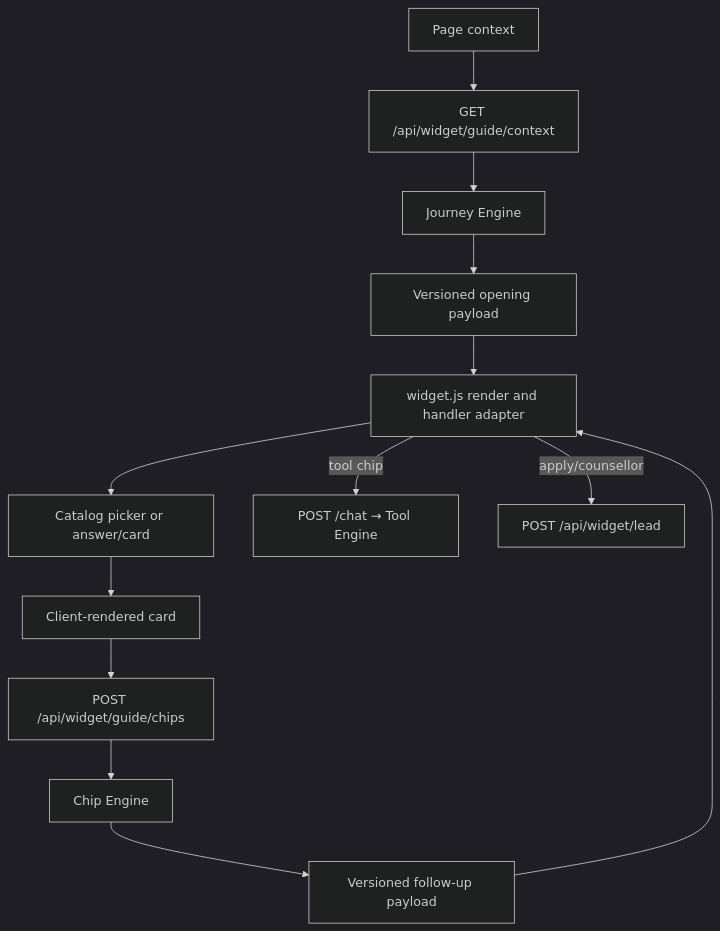
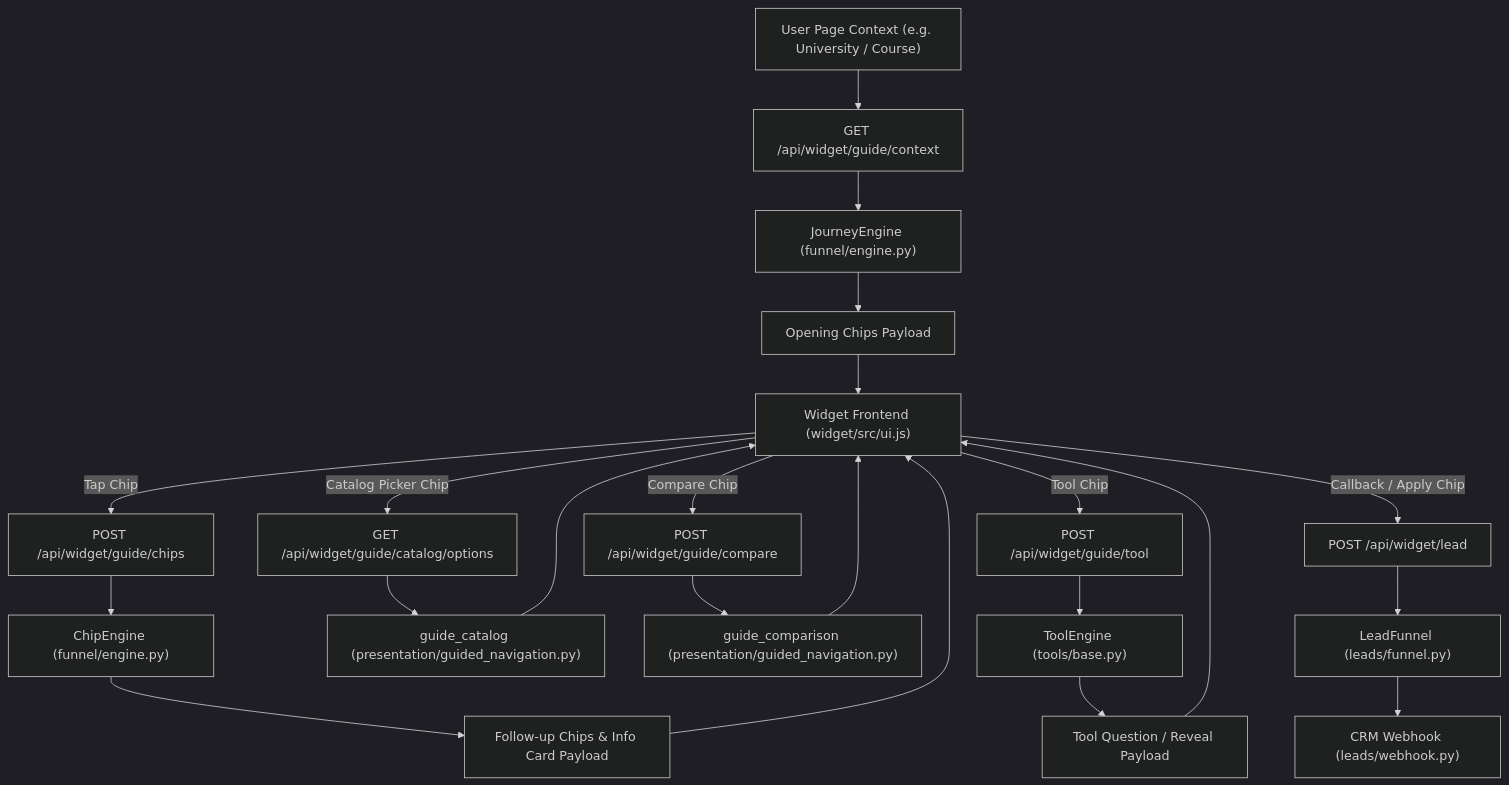
Before and after one commit to db-sde/chat_bot: the diagram in system report.md, drawn with Mermaid (dark theme). The commit also changed other lines of this file and 18 other files, not shown here.

Commit message:
feat: upgrade navigation architecture with dedicated breadcrumbs, rail, and contextual list/nav chip rendering

````diff
--- a/system report.md
+++ b/system report.md
@@ -135,15 +98,29 @@
 ```mermaid
 flowchart TD
-    PAGE["Page context"] --> CONTEXT["GET /api/widget/guide/context"]
-    CONTEXT --> JOURNEY["Journey Engine"]
-    JOURNEY --> OPENING["Versioned opening payload"]
-    OPENING --> JS["widget.js render and handler adapter"]
-    JS --> PICKER["Catalog picker or answer/card"]
-    PICKER --> CARD["Client-rendered card"]
-    CARD --> CHIPS["POST /api/widget/guide/chips"]
-    CHIPS --> CHIPENGINE["Chip Engine"]
-    CHIPENGINE --> FOLLOW["Versioned follow-up payload"]
-    FOLLOW --> JS
-    JS -->|"tool chip"| CHAT["POST /chat → Tool Engine"]
-    JS -->|"apply/counsellor"| LEAD["POST /api/widget/lead"]
+    PAGE["User Page Context (e.g. University / Course)"] --> CONTEXT["GET /api/widget/guide/context"]
+    CONTEXT --> JOURNEY["JourneyEngine (funnel/engine.py)"]
+    JOURNEY --> OPENING["Opening Chips Payload"]
+    OPENING --> WIDGET["Widget Frontend (widget/src/ui.js)"]
+    
+    WIDGET -->|"Tap Chip"| CHIPS_API["POST /api/widget/guide/chips"]
+    CHIPS_API --> CHIP_ENGINE["ChipEngine (funnel/engine.py)"]
+    CHIP_ENGINE --> FOLLOWUP["Follow-up Chips & Info Card Payload"]
+    FOLLOWUP --> WIDGET
+    
+    WIDGET -->|"Catalog Picker Chip"| PICKER_API["GET /api/widget/guide/catalog/options"]
+    PICKER_API --> CATALOG_BUILDER["guide_catalog (presentation/guided_navigation.py)"]
+    CATALOG_BUILDER --> WIDGET
+    
+    WIDGET -->|"Compare Chip"| COMPARE_API["POST /api/widget/guide/compare"]
+    COMPARE_API --> COMPARE_BUILDER["guide_comparison (presentation/guided_navigation.py)"]
+    COMPARE_BUILDER --> WIDGET
+
+    WIDGET -->|"Tool Chip"| TOOL_API["POST /api/widget/guide/tool"]
+    TOOL_API --> TOOL_ENGINE["ToolEngine (tools/base.py)"]
+    TOOL_ENGINE --> TOOL_STEP["Tool Question / Reveal Payload"]
+    TOOL_STEP --> WIDGET
+
+    WIDGET -->|"Callback / Apply Chip"| LEAD_API["POST /api/widget/lead"]
+    LEAD_API --> LEAD_FUNNEL["LeadFunnel (leads/funnel.py)"]
+    LEAD_FUNNEL --> CRM["CRM Webhook (leads/webhook.py)"]
 ```
````
